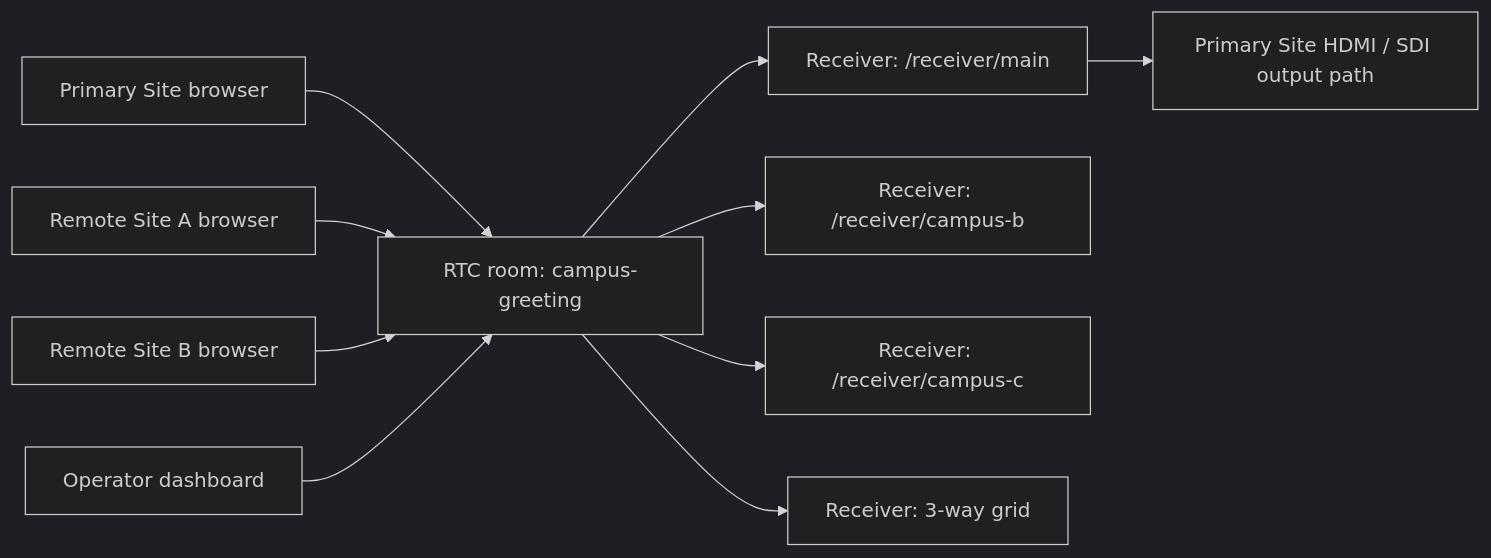
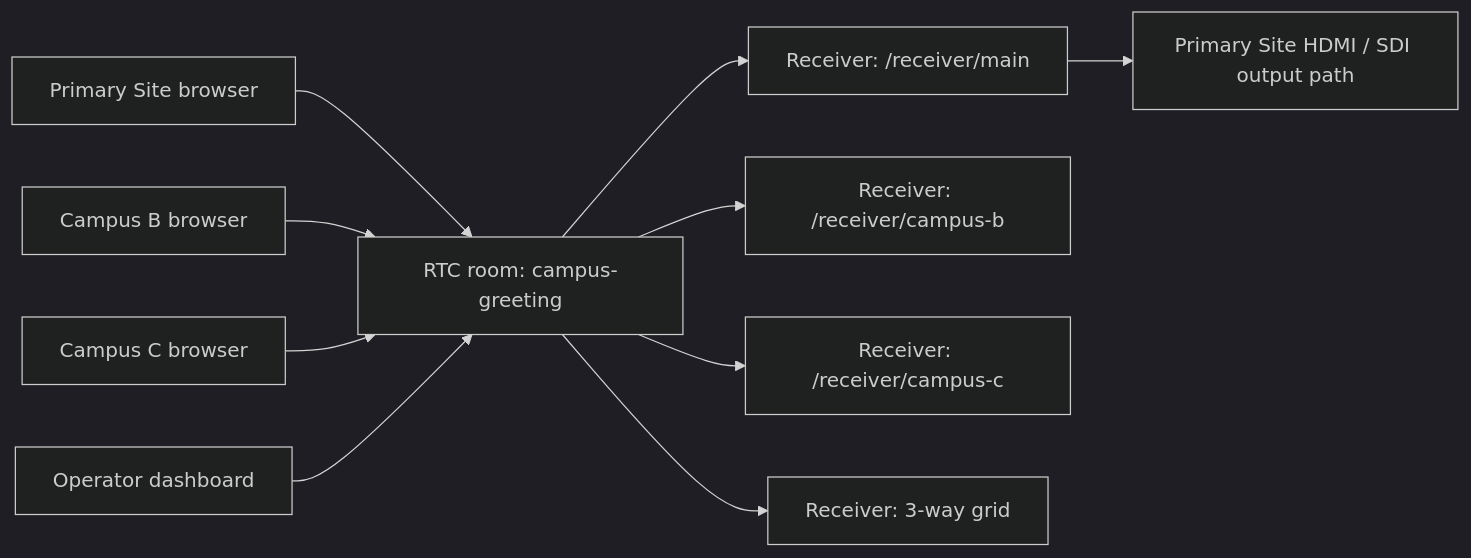
Before and after one commit to samarun/campus-connect: the first of 2 diagrams in docs/SIGNAL_FLOW.md, drawn with Mermaid (dark theme). The commit also changed other lines of this file and 13 other files, not shown here.

````diff
--- a/docs/SIGNAL_FLOW.md
+++ b/docs/SIGNAL_FLOW.md
@@ -5,12 +5,12 @@
 ```mermaid
 flowchart LR
   Primary["Primary Site browser"] --> RTC["RTC room: campus-greeting"]
-  RemoteA["Remote Site A browser"] --> RTC
-  RemoteB["Remote Site B browser"] --> RTC
+  RemoteA["Campus B browser"] --> RTC
+  RemoteB["Campus C browser"] --> RTC
   Operator["Operator dashboard"] --> RTC
   RTC --> RPrimary["Receiver: /receiver/main"]
   RTC --> RA["Receiver: /receiver/campus-b"]
   RTC --> RB["Receiver: /receiver/campus-c"]
   RTC --> Grid["Receiver: 3-way grid"]
   RPrimary --> Output["Primary Site HDMI / SDI output path"]
 ```
````
